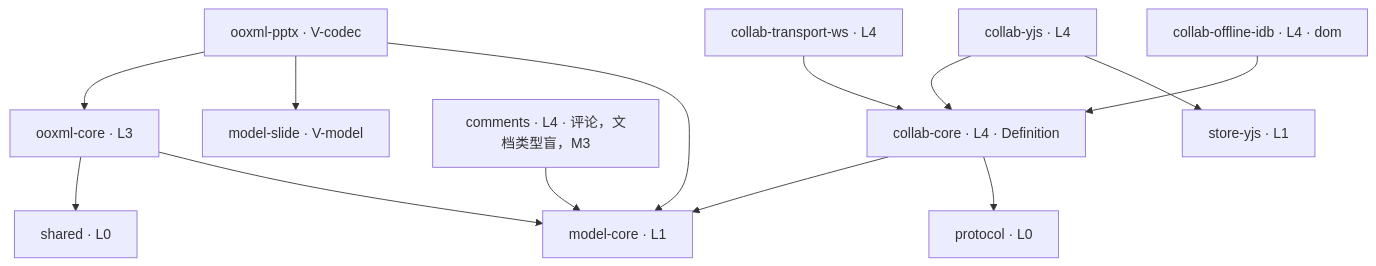
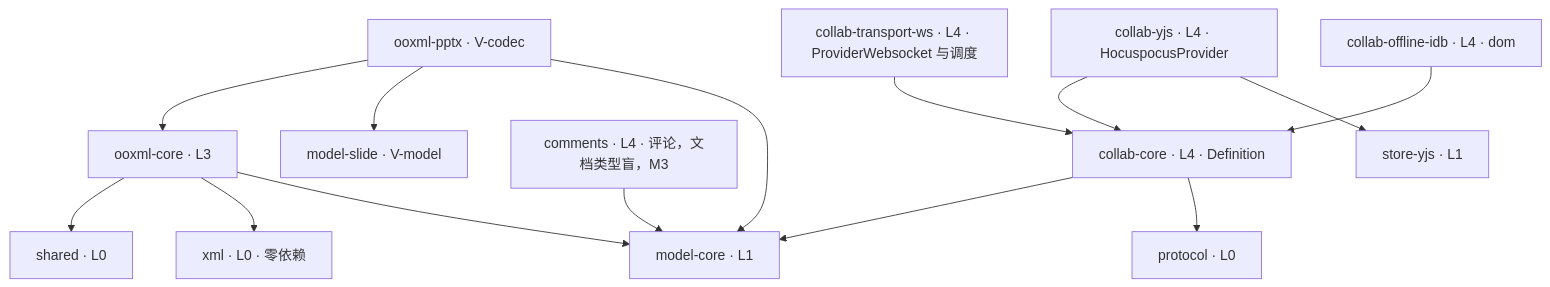
The ninth of 20 diagrams in docs/00-charter/charter.md (Xeonice/cordis-ppt-editor), drawn with Mermaid before and after one commit. The commit also changed other lines of this file and 78 other files, not shown here.

````diff
--- a/docs/00-charter/charter.md
+++ b/docs/00-charter/charter.md
@@ -375,27 +413,29 @@
 ```mermaid
 flowchart TB
   ooxmlpptx["ooxml-pptx · V-codec"]
   ooxmlcore["ooxml-core · L3"]
-  collabyjs["collab-yjs · L4"]
-  collabws["collab-transport-ws · L4"]
+  collabyjs["collab-yjs · L4 · HocuspocusProvider"]
+  collabws["collab-transport-ws · L4 · ProviderWebsocket 与调度"]
   collabidb["collab-offline-idb · L4 · dom"]
   collabcore["collab-core · L4 · Definition"]
   comments["comments · L4 · 评论，文档类型盲，M3"]
   modelslide["model-slide · V-model"]
   storeyjs["store-yjs · L1"]
   modelcore["model-core · L1"]
   protocol["protocol · L0"]
   shared["shared · L0"]
+  xml["xml · L0 · 零依赖"]
   ooxmlpptx --> ooxmlcore
   ooxmlpptx --> modelslide
   ooxmlpptx --> modelcore
   ooxmlcore --> shared
+  ooxmlcore --> xml
   ooxmlcore --> modelcore
   collabyjs --> collabcore
   collabyjs --> storeyjs
   collabws --> collabcore
   collabidb --> collabcore
   collabcore --> modelcore
   collabcore --> protocol
   comments --> modelcore
 ```
````
